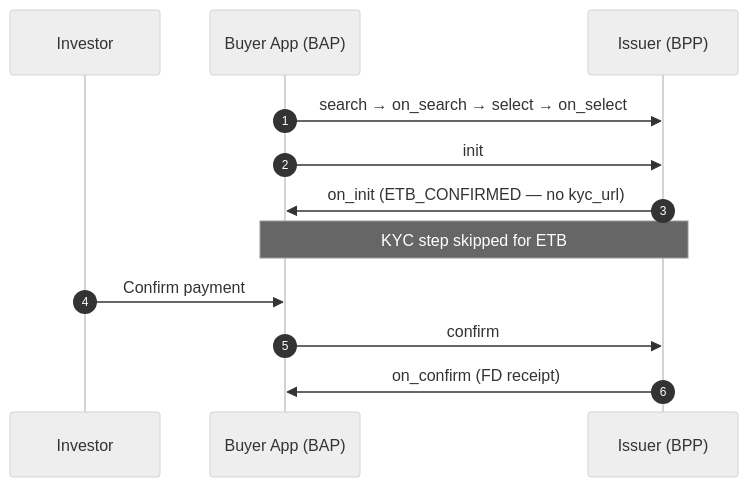
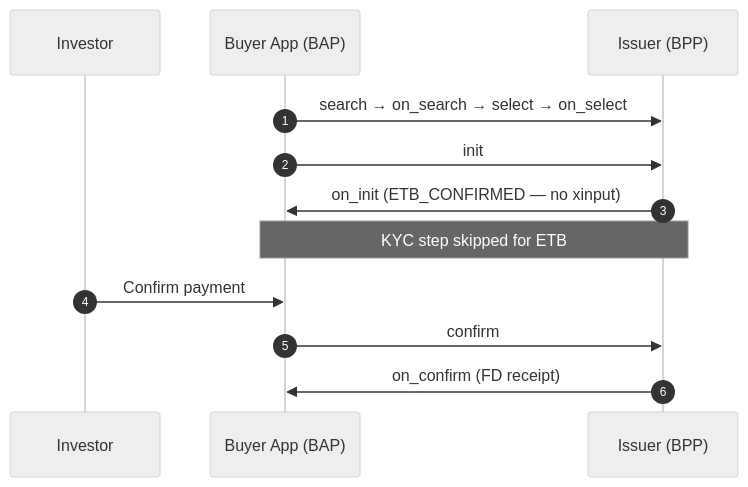
One commit to ONDC-Official/ONDC-FIS-Specifications changed the second of 4 diagrams in PROTOCOL.md. Above: the diagram before and after it, drawn with Mermaid (neutral theme). The commit also changed other lines of this file and 66 other files, not shown here.

````diff
--- a/PROTOCOL.md
+++ b/PROTOCOL.md
@@ -248,15 +241,15 @@
 ```mermaid
 sequenceDiagram
     autonumber
     participant Investor
     participant BAP as Buyer App (BAP)
     participant BPP as Issuer (BPP)
 
     BAP->>BPP: search → on_search → select → on_select
     BAP->>BPP: init
-    BPP->>BAP: on_init (ETB_CONFIRMED — no kyc_url)
+    BPP->>BAP: on_init (ETB_CONFIRMED — no xinput)
     Note over BAP,BPP: KYC step skipped for ETB
     Investor->>BAP: Confirm payment
     BAP->>BPP: confirm
     BPP->>BAP: on_confirm (FD receipt)
 ```
````
